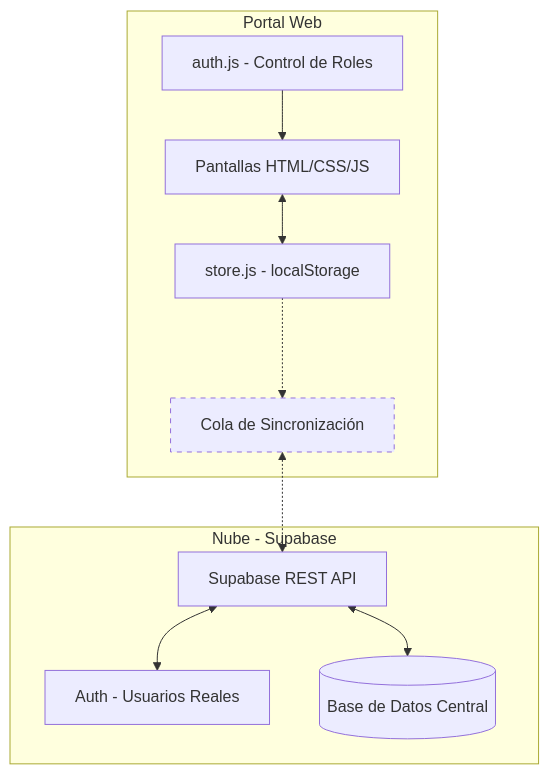
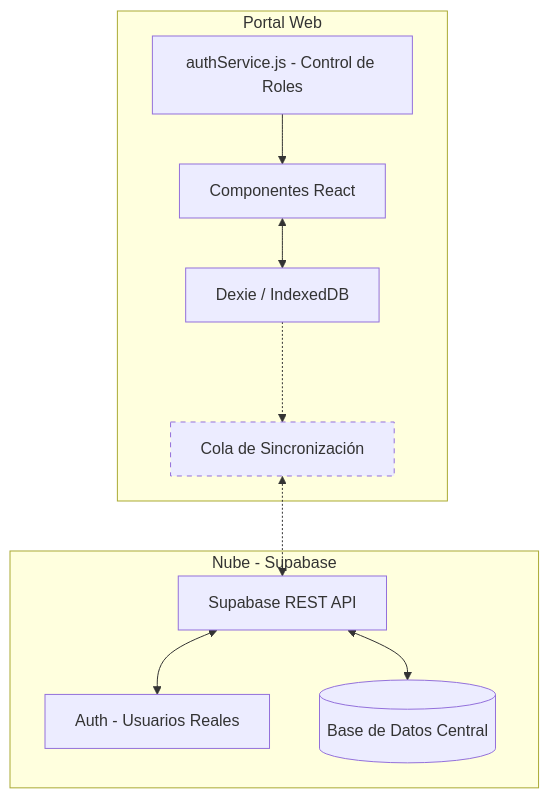
Before and after one commit to AdriP-maker/JAAR_Antigravity: the diagram in docs/arquitectura.md, drawn with Mermaid. The commit also changed other lines of this file and 70 other files, not shown here.

````diff
--- a/docs/arquitectura.md
+++ b/docs/arquitectura.md
@@ -23,16 +23,16 @@
 ```mermaid
 graph TD
     subgraph Portal Web
-        UI[Pantallas HTML/CSS/JS] <--> Store[store.js - localStorage]
-        Auth[auth.js - Control de Roles] --> UI
+        UI[Componentes React] <--> Store[Dexie / IndexedDB]
+        Auth[authService.js - Control de Roles] --> UI
         Store -..-> SyncQueue[Cola de Sincronización]
     end
 
     subgraph Nube - Supabase
         SyncQueue <-.-> SupabaseAPI[Supabase REST API]
         SupabaseAPI <--> SupabaseAuth[Auth - Usuarios Reales]
         SupabaseAPI <--> PostgreSQL[(Base de Datos Central)]
     end
 
     style SyncQueue stroke-dasharray: 5 5
 ```
````
